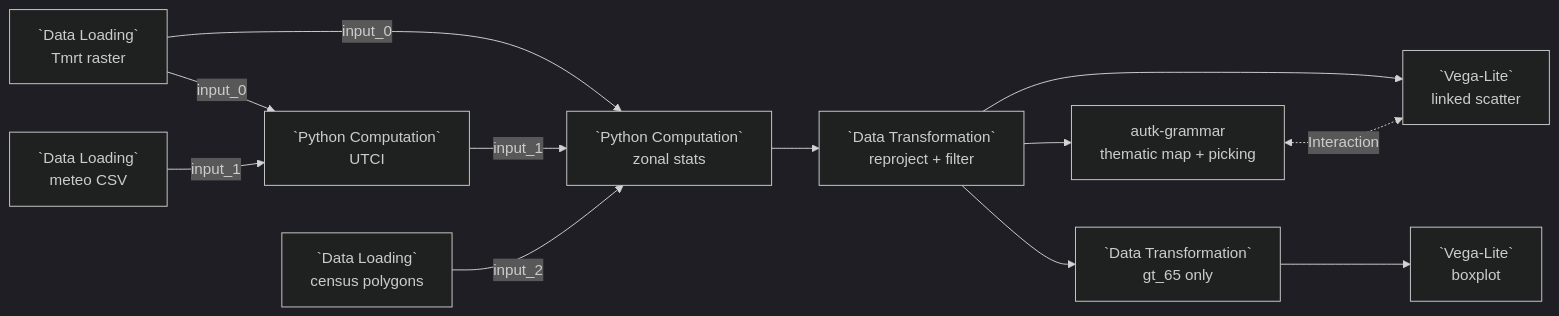
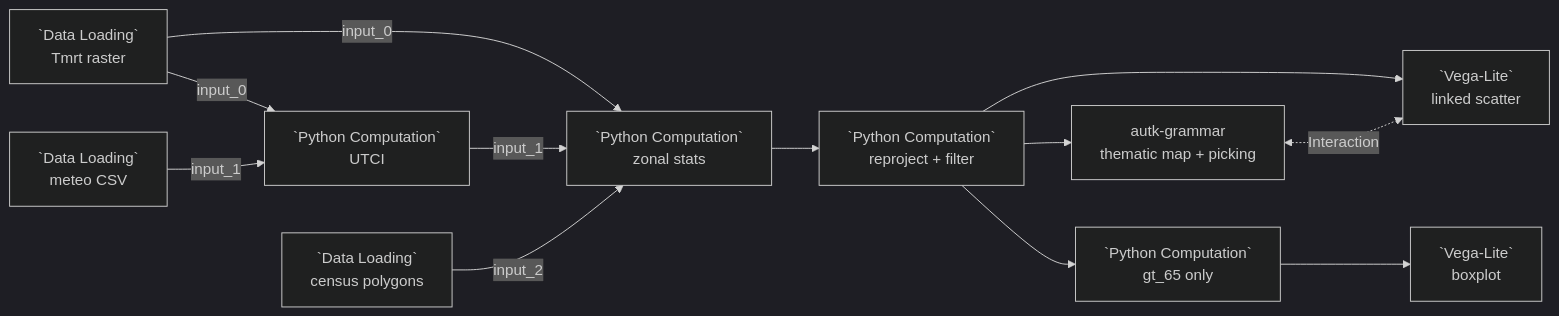
One commit to urban-toolkit/curio changed the diagram in docs/examples/09-heterogeneous-data-linked-views.md. Above: the diagram before and after it, drawn with Mermaid (dark theme). The commit also changed other lines of this file and 51 other files, not shown here.

Commit message:
Shipped dataflows and their fixtures use Python Computation

````diff
--- a/docs/examples/09-heterogeneous-data-linked-views.md
+++ b/docs/examples/09-heterogeneous-data-linked-views.md
@@ -15,20 +15,20 @@
 ```mermaid
 flowchart LR
   R[`Data Loading`<br/>Tmrt raster]
   W[`Data Loading`<br/>meteo CSV]
   S[`Data Loading`<br/>census polygons]
 
   R -->|input_0| U[`Python Computation`<br/>UTCI]
   W -->|input_1| U
 
   R -->|input_0| Z[`Python Computation`<br/>zonal stats]
   U -->|input_1| Z
   S -->|input_2| Z
-  Z --> T[`Data Transformation`<br/>reproject + filter]
+  Z --> T[`Python Computation`<br/>reproject + filter]
 
   T --> M[autk-grammar<br/>thematic map + picking]
   T --> SC[`Vega-Lite`<br/>linked scatter]
-  T --> BX[`Data Transformation`<br/>gt_65 only] --> BV[`Vega-Lite`<br/>boxplot]
+  T --> BX[`Python Computation`<br/>gt_65 only] --> BV[`Vega-Lite`<br/>boxplot]
 
   M <-. Interaction .-> SC
 ```
````
